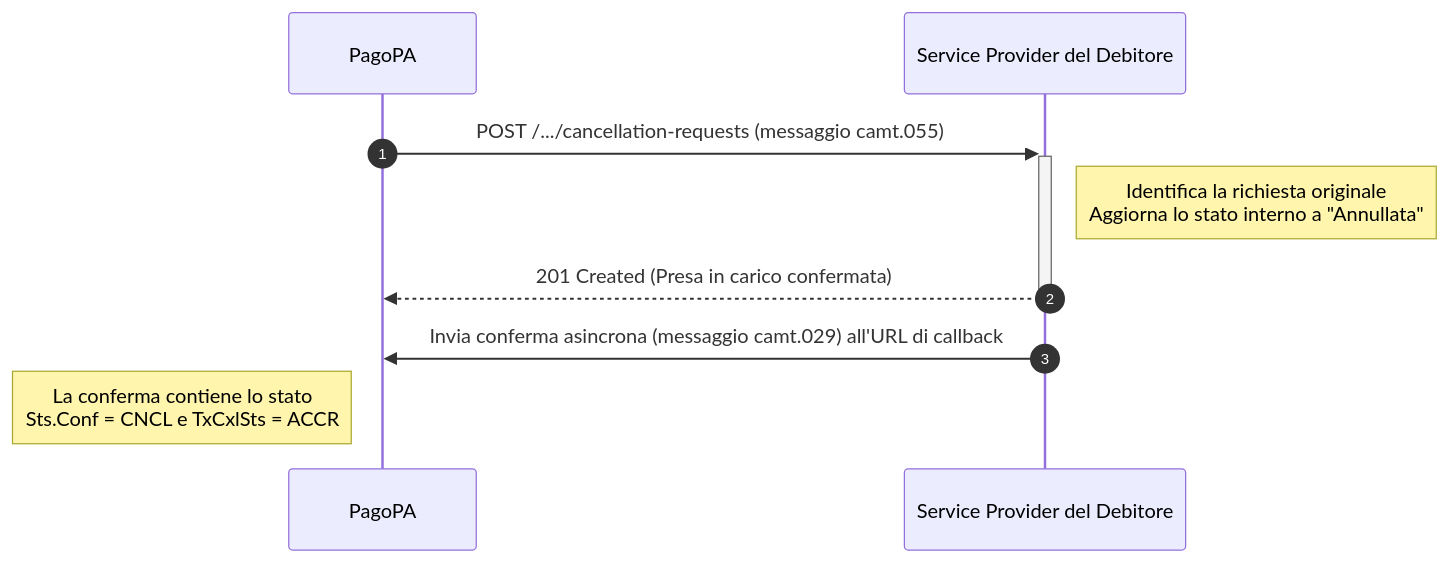
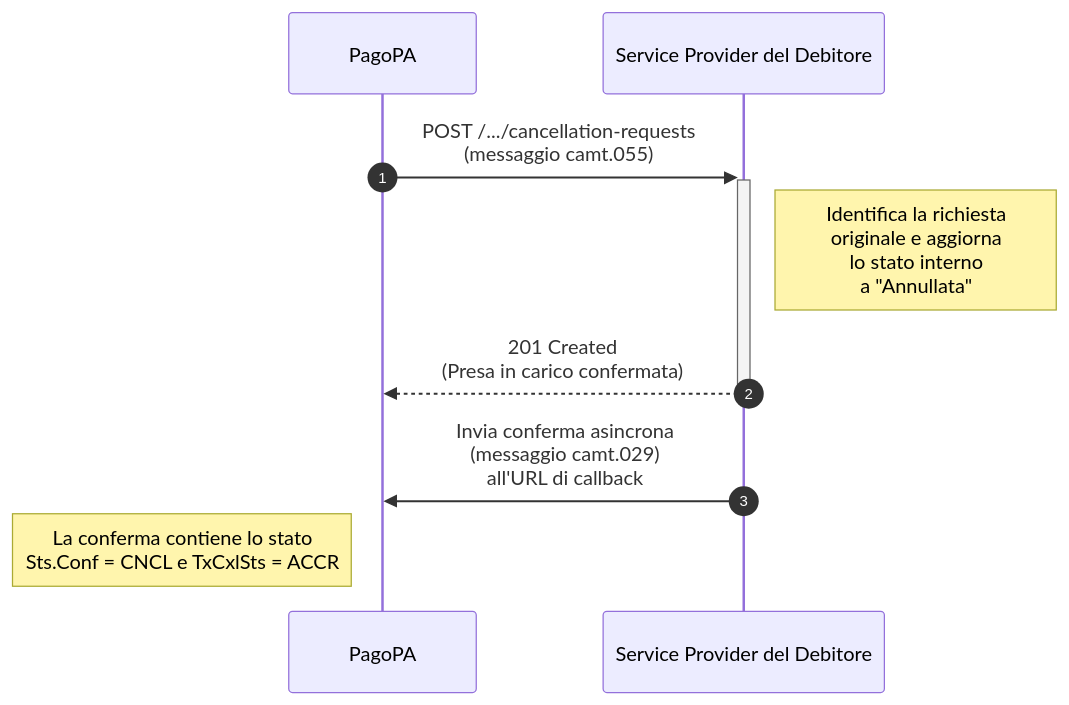
Before and after one commit to pagopa/devportal-docs: the diagram in docs/ehvH7YE5R9GDHFFfnCv1/tutorial/come-ricevere-e-gestire-una-richiesta-di-cancellazione.md, drawn with Mermaid.

Commit message:
GITBOOK-12: fix mermaid diagram

````diff
--- a/docs/ehvH7YE5R9GDHFFfnCv1/tutorial/come-ricevere-e-gestire-una-richiesta-di-cancellazione.md
+++ b/docs/ehvH7YE5R9GDHFFfnCv1/tutorial/come-ricevere-e-gestire-una-richiesta-di-cancellazione.md
@@ -7,16 +7,16 @@
 ```mermaid
 sequenceDiagram
     autonumber
     
     participant PA as PagoPA
     participant SP as Service Provider del Debitore
 
     %% Flusso Sincrono: Ricezione e Presa in Carico
-    PA->>+SP: POST /.../cancellation-requests (messaggio camt.055)
-    Note right of SP: Identifica la richiesta originale<br>Aggiorna lo stato interno a "Annullata"
-    SP-->>-PA: 201 Created (Presa in carico confermata)
+    PA->>+SP: POST /.../cancellation-requests <br>(messaggio camt.055)
+    Note right of SP: Identifica la richiesta <br> originale e aggiorna <br> lo stato interno <br> a "Annullata"
+    SP-->>-PA: 201 Created <br>(Presa in carico confermata)
 
     %% Flusso Asincrono: Notifica di Conferma
-    SP->>PA: Invia conferma asincrona (messaggio camt.029) all'URL di callback
+    SP->>PA: Invia conferma asincrona<br> (messaggio camt.029) <br> all'URL di callback
     Note left of PA: La conferma contiene lo stato<br>Sts.Conf = CNCL e TxCxlSts = ACCR
 ```
````
